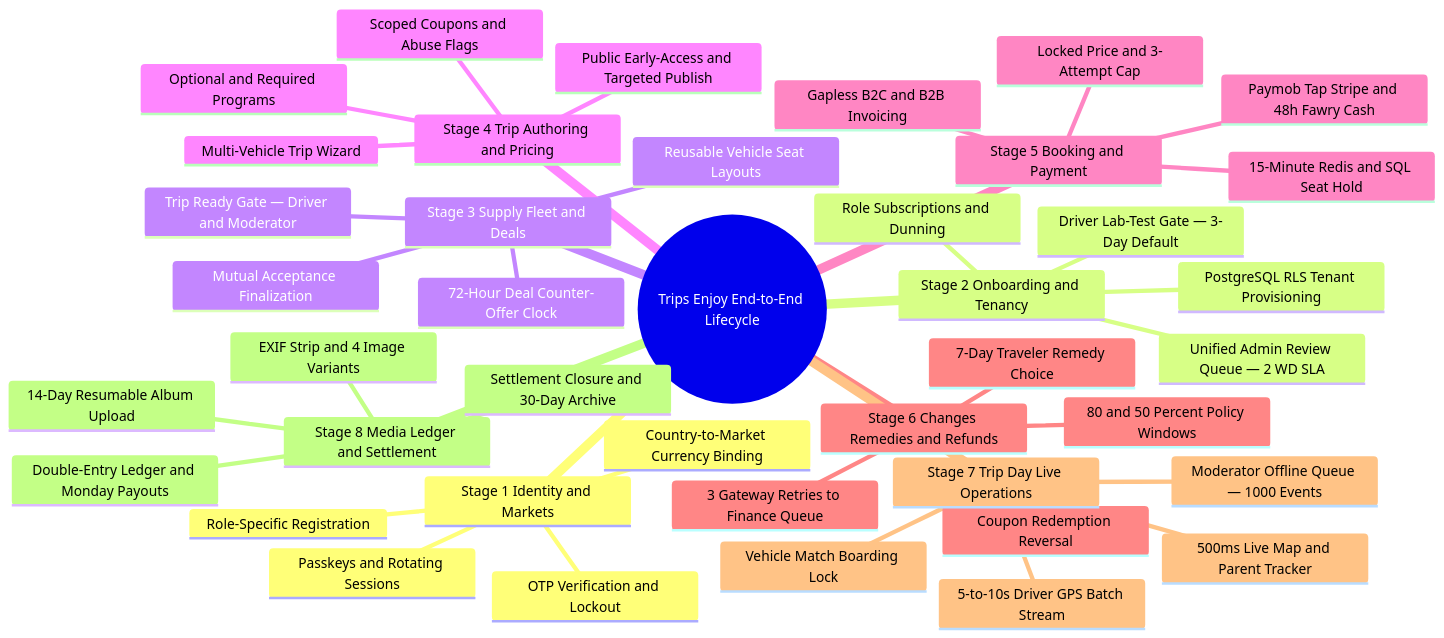
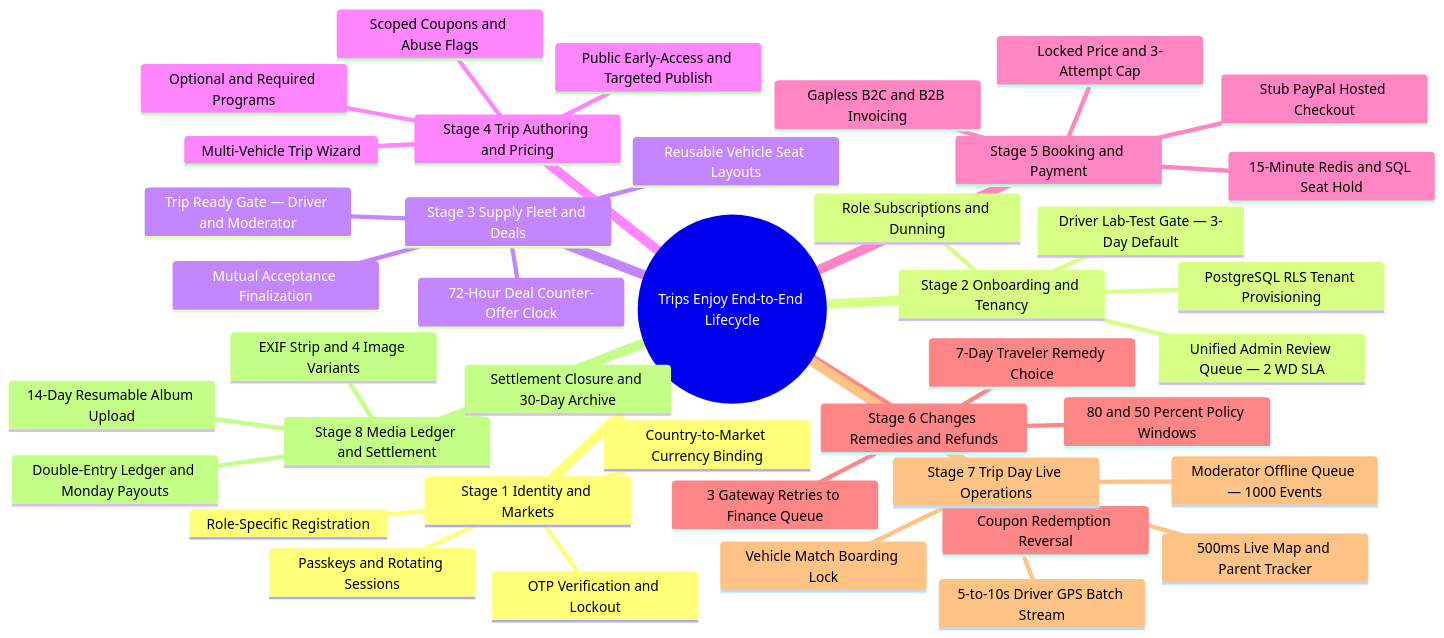
The first of 3 diagrams in content/docs/system/index.mdx (mohamedhabibwork/trips-enjoy-docs), drawn with Mermaid before and after one commit. The commit also changed other lines of this file and 117 other files, not shown here.

````diff
--- a/content/docs/system/index.mdx
+++ b/content/docs/system/index.mdx
@@ -87,44 +87,44 @@
 ```mermaid
 mindmap
   root(("Trips Enjoy End-to-End Lifecycle"))
     Stage 1 Identity and Markets
       Role-Specific Registration
       OTP Verification and Lockout
       Passkeys and Rotating Sessions
       Country-to-Market Currency Binding
     Stage 2 Onboarding and Tenancy
       Unified Admin Review Queue — 2 WD SLA
       Driver Lab-Test Gate — 3-Day Default
       PostgreSQL RLS Tenant Provisioning
       Role Subscriptions and Dunning
     Stage 3 Supply Fleet and Deals
       Reusable Vehicle Seat Layouts
       72-Hour Deal Counter-Offer Clock
       Mutual Acceptance Finalization
       Trip Ready Gate — Driver and Moderator
     Stage 4 Trip Authoring and Pricing
       Multi-Vehicle Trip Wizard
       Optional and Required Programs
       Scoped Coupons and Abuse Flags
       Public Early-Access and Targeted Publish
     Stage 5 Booking and Payment
       15-Minute Redis and SQL Seat Hold
       Locked Price and 3-Attempt Cap
-      Paymob Tap Stripe and 48h Fawry Cash
+      Stub PayPal Hosted Checkout
       Gapless B2C and B2B Invoicing
     Stage 6 Changes Remedies and Refunds
       80 and 50 Percent Policy Windows
       7-Day Traveler Remedy Choice
       Coupon Redemption Reversal
       3 Gateway Retries to Finance Queue
     Stage 7 Trip Day Live Operations
       Moderator Offline Queue — 1000 Events
       Vehicle Match Boarding Lock
       5-to-10s Driver GPS Batch Stream
       500ms Live Map and Parent Tracker
     Stage 8 Media Ledger and Settlement
       14-Day Resumable Album Upload
       EXIF Strip and 4 Image Variants
       Double-Entry Ledger and Monday Payouts
       Settlement Closure and 30-Day Archive
 ```
````
